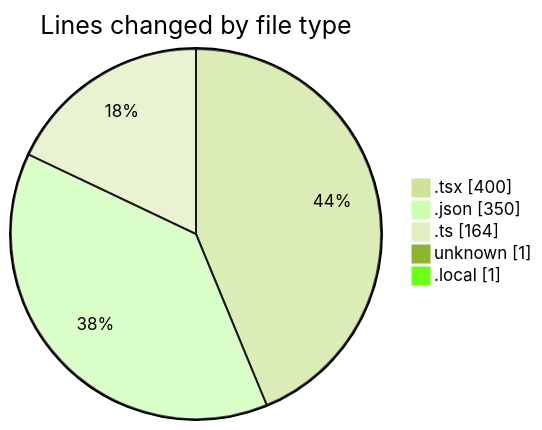
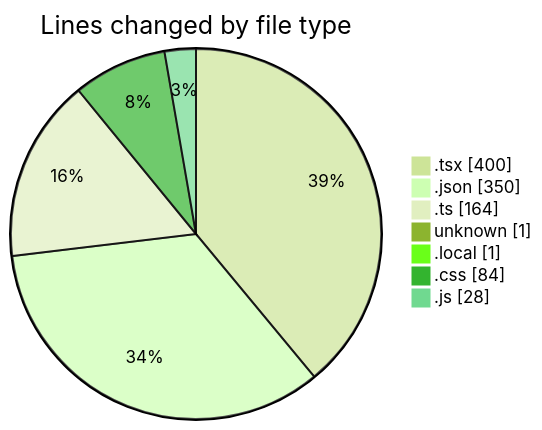
One commit to Elitesun/code-tracking changed the first of 2 diagrams in 2025-04-08/sungpt/README.md. Above: the diagram before and after it, drawn with Mermaid (forest theme). The commit also changed other lines of this file and 1 other file, not shown here.

````diff
--- a/2025-04-08/sungpt/README.md
+++ b/2025-04-08/sungpt/README.md
@@ -32,9 +35,11 @@
 ```mermaid
 pie showData
 title Lines changed by file type
 ".tsx" : 400
 ".json" : 350
 ".ts" : 164
 "unknown" : 1
 ".local" : 1
+".css" : 84
+".js" : 28
 ```
````
